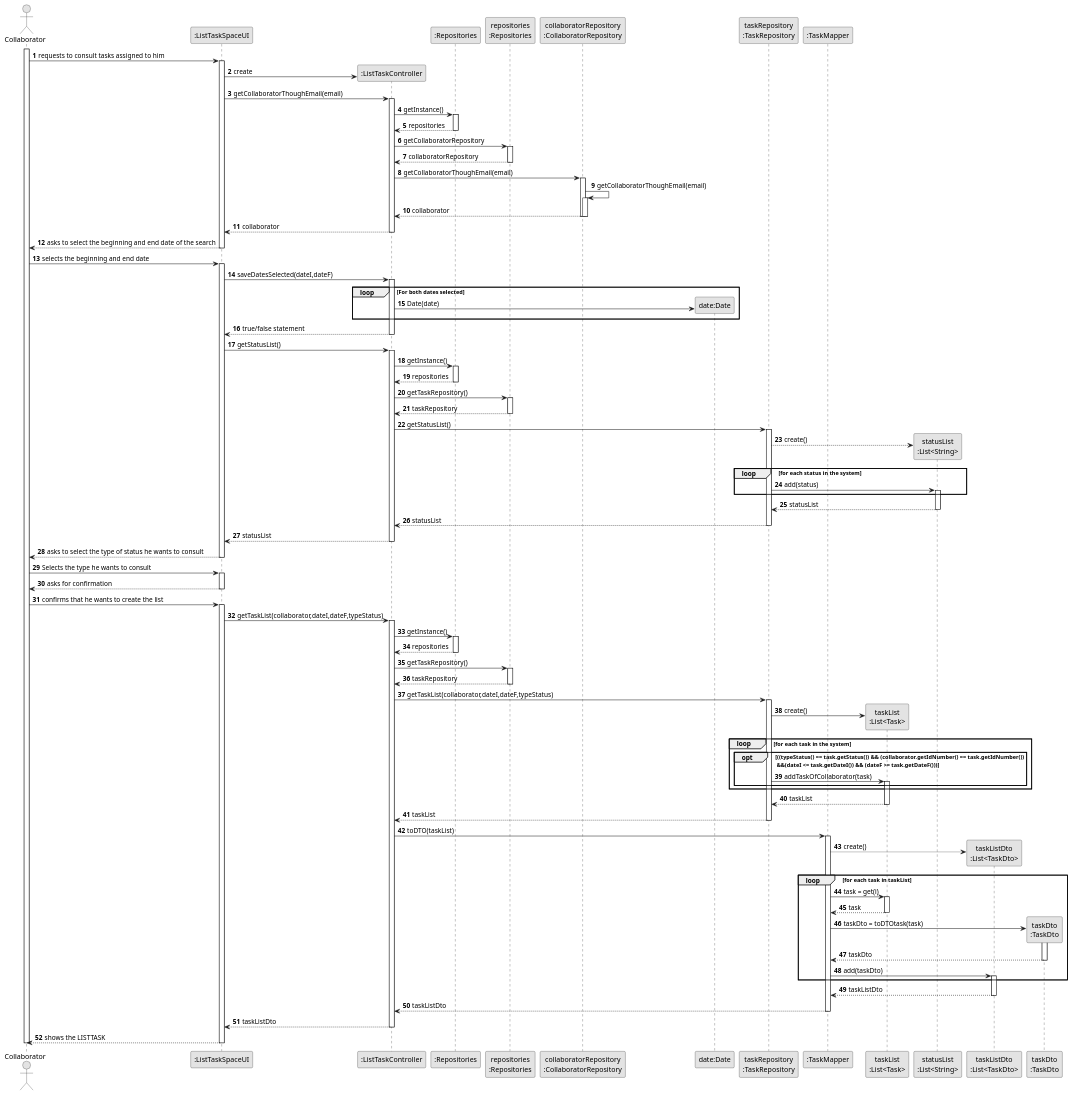
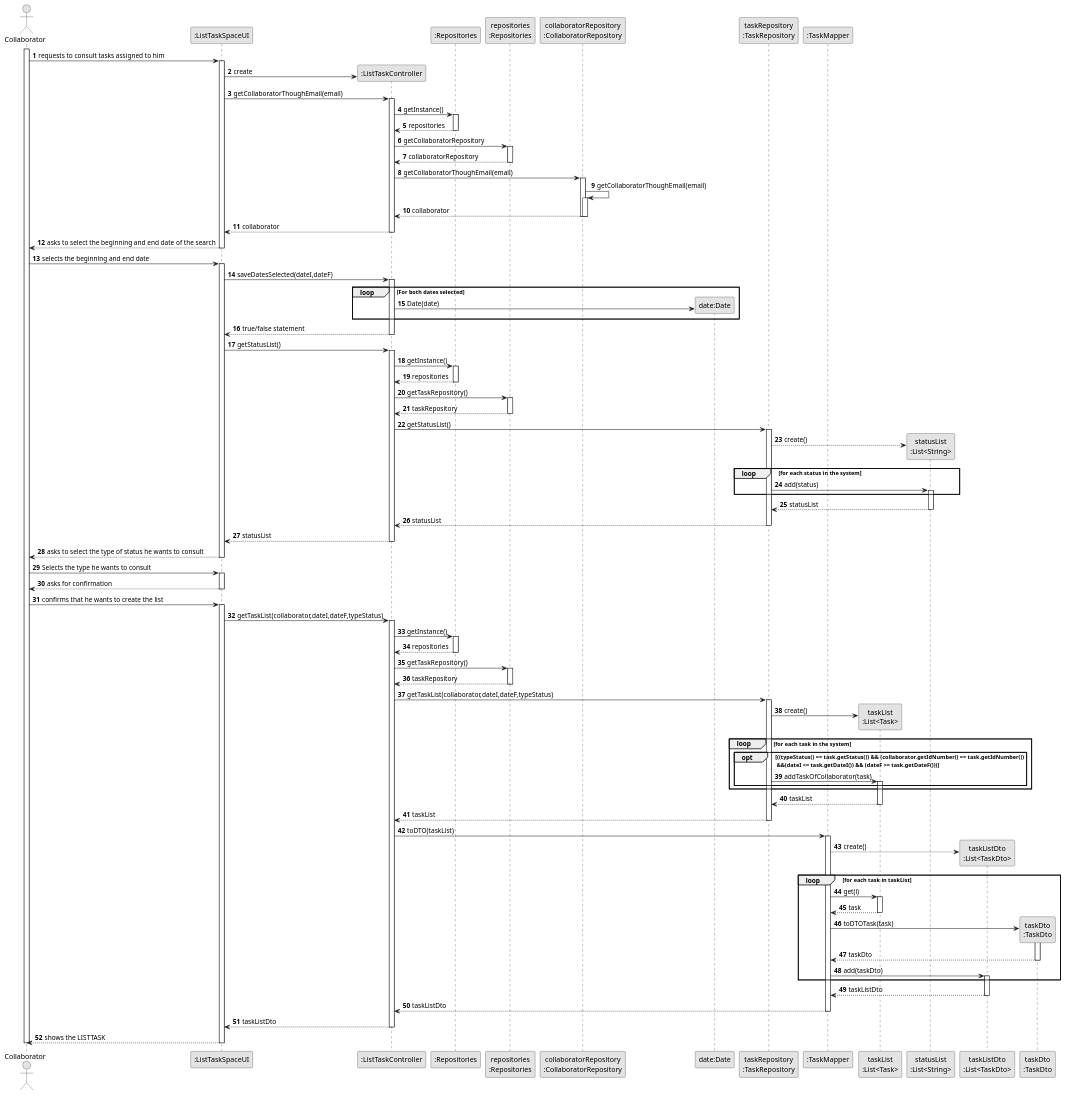
One commit to diogoveirospro/lei-24-s2-1dg-g072 changed the diagram in docs/sprintC/us028/03.design/puml/us028-sequence-diagram-full.puml. Above: the diagram before and after it, drawn with PlantUML. The commit also changed 12 other files, not shown here.

```diff
--- a/docs/sprintC/us028/03.design/puml/us028-sequence-diagram-full.puml
+++ b/docs/sprintC/us028/03.design/puml/us028-sequence-diagram-full.puml
@@ -172,13 +172,13 @@
                     Mapper --> LISTTASKDTO** : create()
 
                                                                 loop for each task in taskList
-                                                                    Mapper -> LISTTASK : task = get(i)
+                                                                    Mapper -> LISTTASK : get(i)
                                                                     activate LISTTASK
 
                                                                             LISTTASK --> Mapper : task
                                                                     deactivate LISTTASK
 
-                                                                    Mapper -> DTO** : taskDto = toDTOtask(task)
+                                                                    Mapper -> DTO** : toDTOTask(task)
 
 
 
```
